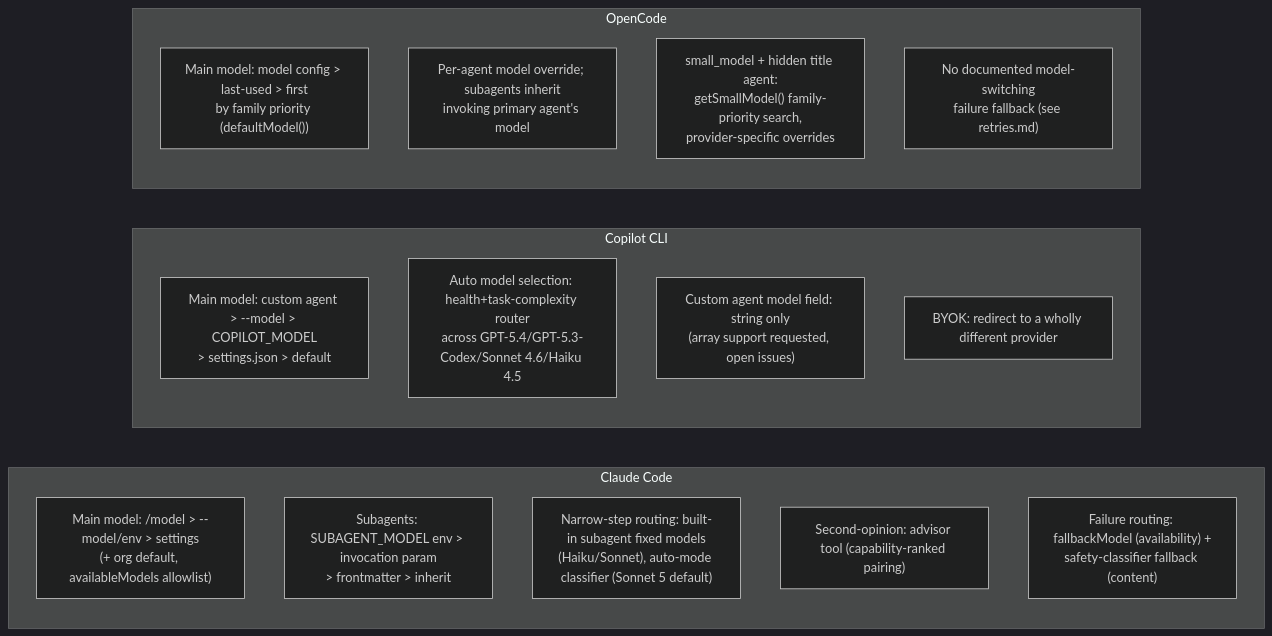
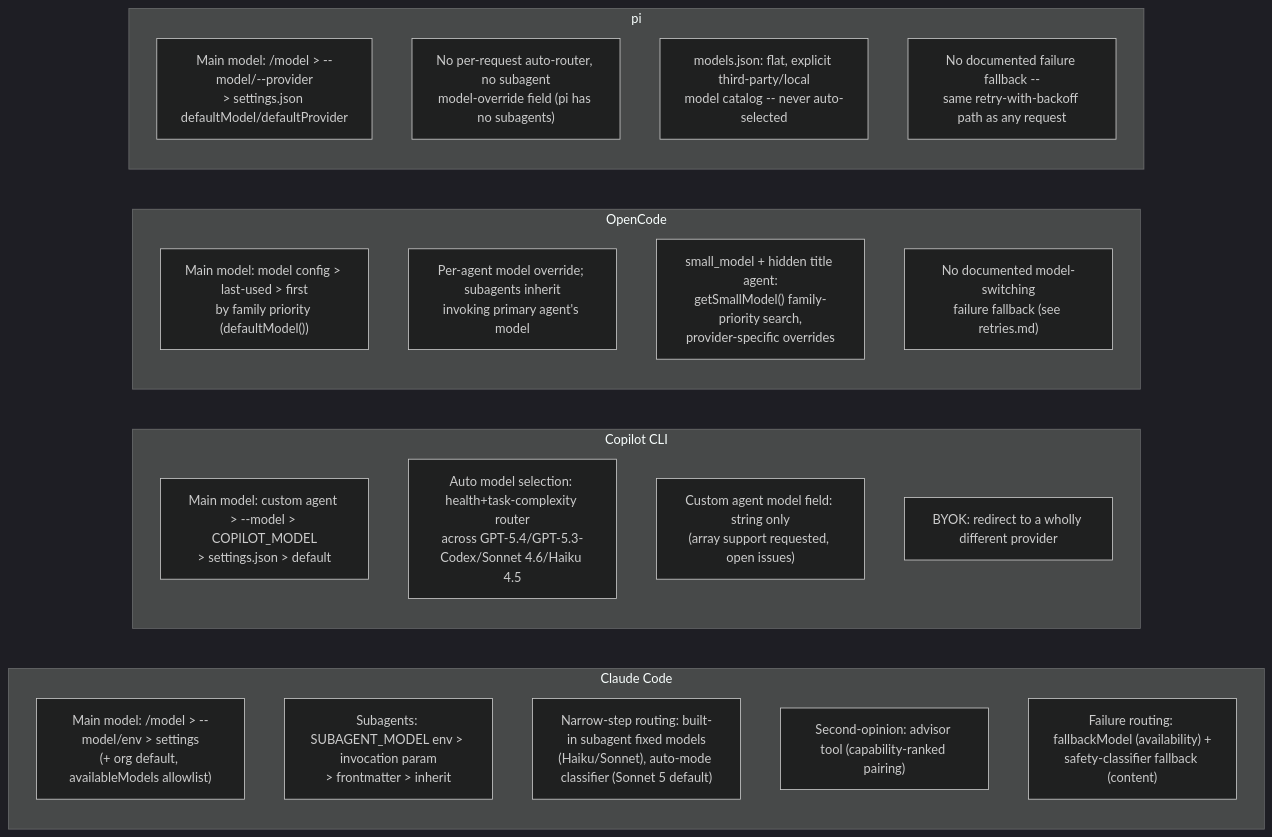
The fifth of 5 diagrams in references/harnesses/model-routing-and-selection.md (sfernandezplain/AIrchon), drawn with Mermaid (dark theme) before and after one commit. The commit also changed other lines of this file and 10 other files, not shown here.

````diff
--- a/references/harnesses/model-routing-and-selection.md
+++ b/references/harnesses/model-routing-and-selection.md
@@ -465,25 +563,32 @@
 ```mermaid
 flowchart LR
     subgraph CC["Claude Code"]
         direction TB
         CC1["Main model: /model > --model/env > settings\n(+ org default, availableModels allowlist)"]
         CC2["Subagents: SUBAGENT_MODEL env > invocation param\n> frontmatter > inherit"]
         CC3["Narrow-step routing: built-in subagent fixed models\n(Haiku/Sonnet), auto-mode classifier (Sonnet 5 default)"]
         CC4["Second-opinion: advisor tool (capability-ranked pairing)"]
         CC5["Failure routing: fallbackModel (availability) +\nsafety-classifier fallback (content)"]
     end
     subgraph CP["Copilot CLI"]
         direction TB
         CP1["Main model: custom agent > --model > COPILOT_MODEL\n> settings.json > default"]
         CP2["Auto model selection: health+task-complexity router\nacross GPT-5.4/GPT-5.3-Codex/Sonnet 4.6/Haiku 4.5"]
         CP3["Custom agent model field: string only\n(array support requested, open issues)"]
         CP4["BYOK: redirect to a wholly different provider"]
     end
     subgraph OC["OpenCode"]
         direction TB
         OC1["Main model: model config > last-used > first\nby family priority (defaultModel())"]
         OC2["Per-agent model override; subagents inherit\ninvoking primary agent's model"]
         OC3["small_model + hidden title agent:\ngetSmallModel() family-priority search,\nprovider-specific overrides"]
         OC4["No documented model-switching\nfailure fallback (see retries.md)"]
     end
+    subgraph PI["pi"]
+        direction TB
+        PI1["Main model: /model > --model/--provider\n> settings.json defaultModel/defaultProvider"]
+        PI2["No per-request auto-router, no subagent\nmodel-override field (pi has no subagents)"]
+        PI3["models.json: flat, explicit third-party/local\nmodel catalog -- never auto-selected"]
+        PI4["No documented failure fallback --\nsame retry-with-backoff path as any request"]
+    end
 ```
````
